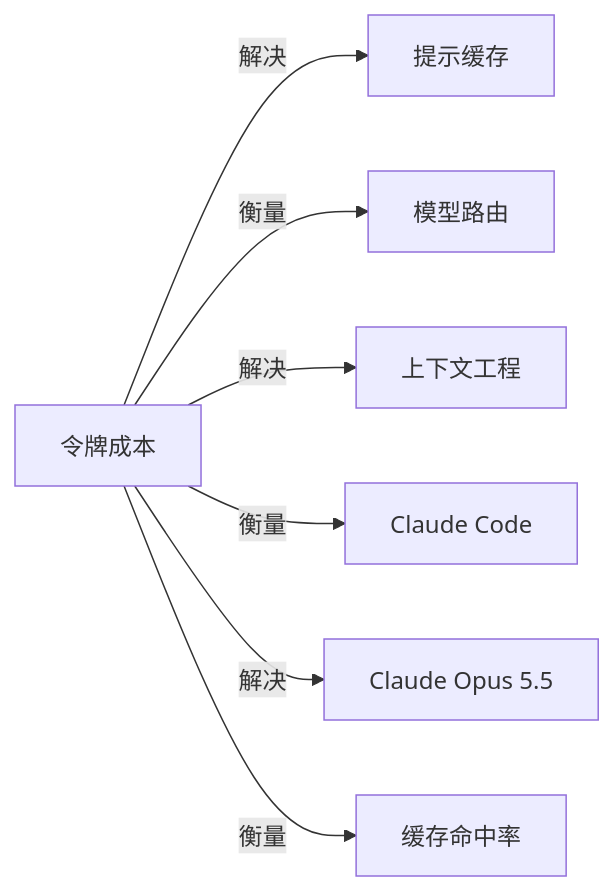
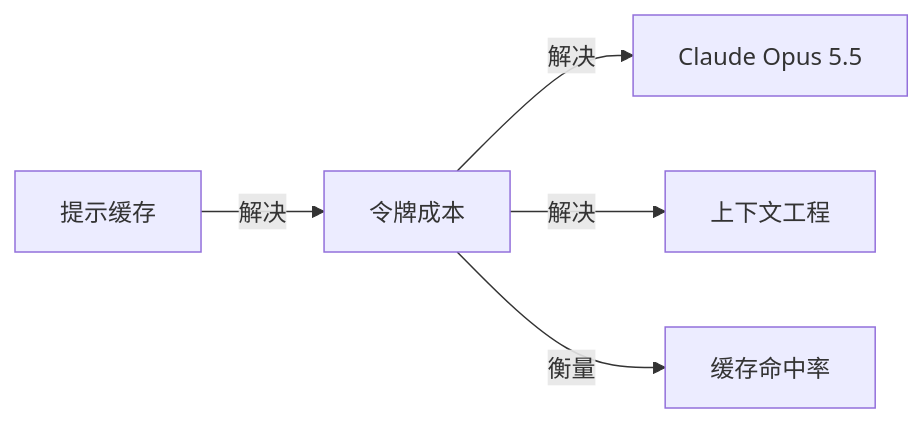
The diagram in wiki/令牌成本.md (yibie/claude-best-practices-zh), drawn with Mermaid before and after one commit. The commit also changed other lines of this file and 407 other files, not shown here.

Commit message:
feat: DeepSeek 三遍审校（译文/关系/图谱）+ 可部署静态站点

````diff
--- a/wiki/令牌成本.md
+++ b/wiki/令牌成本.md
@@ -48,10 +48,8 @@
 ```mermaid
 graph LR
   C["令牌成本"]
-  C -->|解决| N0["提示缓存"]
-  C -->|衡量| N1["模型路由"]
+  N0["提示缓存"] -->|解决| C
+  C -->|解决| N1["Claude Opus 5.5"]
   C -->|解决| N2["上下文工程"]
-  C -->|衡量| N3["Claude Code"]
-  C -->|解决| N4["Claude Opus 5.5"]
-  C -->|衡量| N5["缓存命中率"]
+  C -->|衡量| N3["缓存命中率"]
 ```
````
